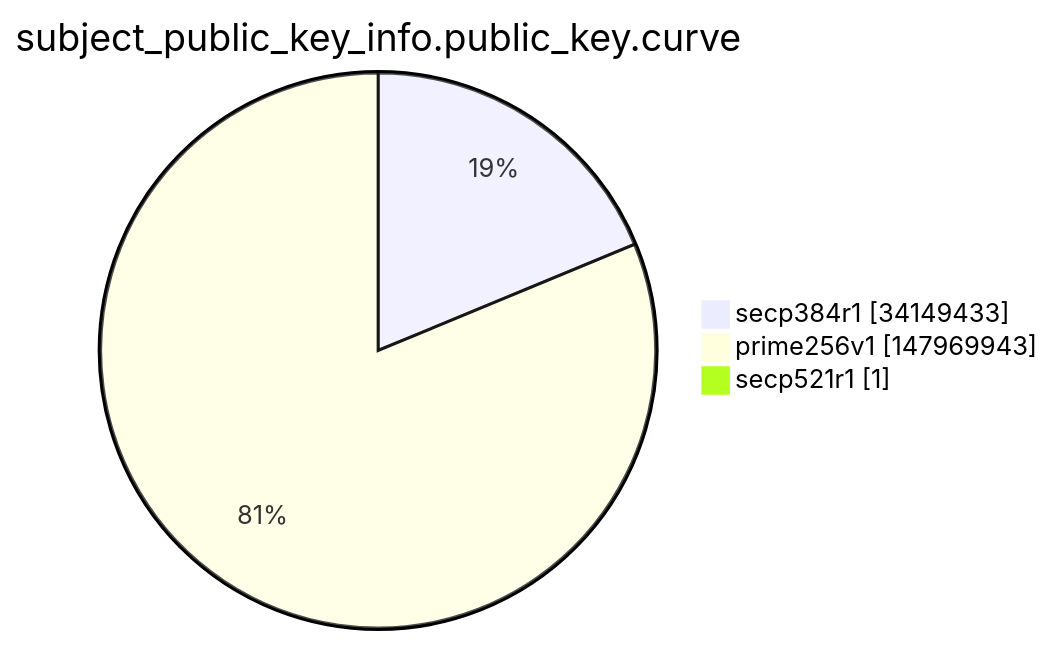
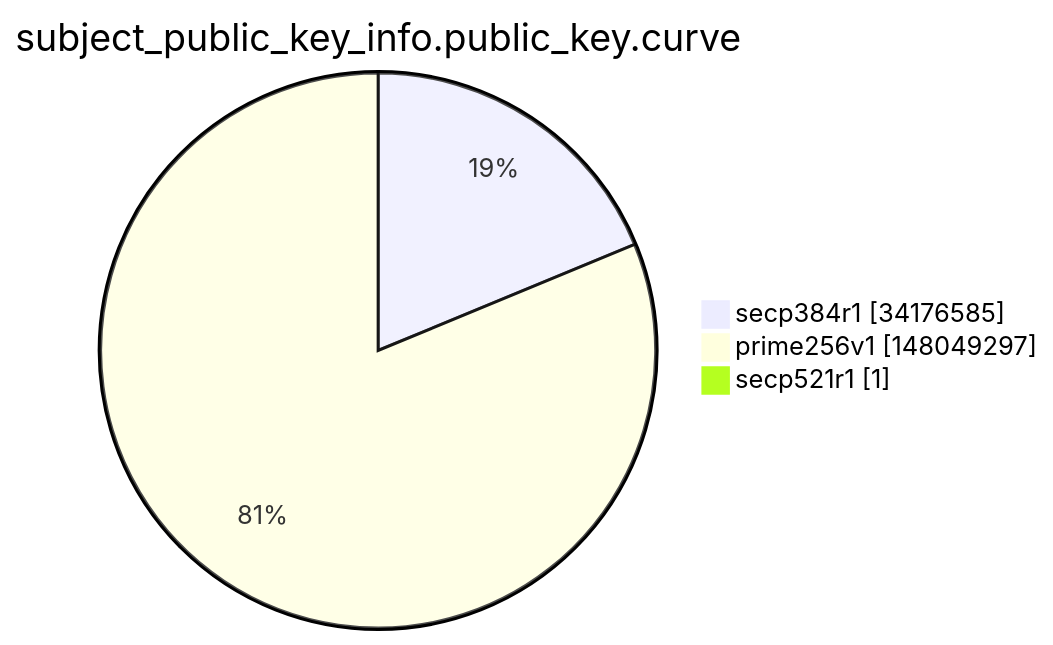
One commit to christiankrug/ctmonitor_visualization changed the ninth of 15 diagrams in argon2022/README.md. Above: the diagram before and after it, drawn with Mermaid. The commit also changed other lines of this file, not shown here.

````diff
--- a/argon2022/README.md
+++ b/argon2022/README.md
@@ -2764,7 +2764,7 @@
 ```mermaid
 pie showData
 title subject_public_key_info.public_key.curve
-"secp384r1" :34149433
-"prime256v1" :147969943
+"secp384r1" :34176585
+"prime256v1" :148049297
 "secp521r1" :1
 ```
````
